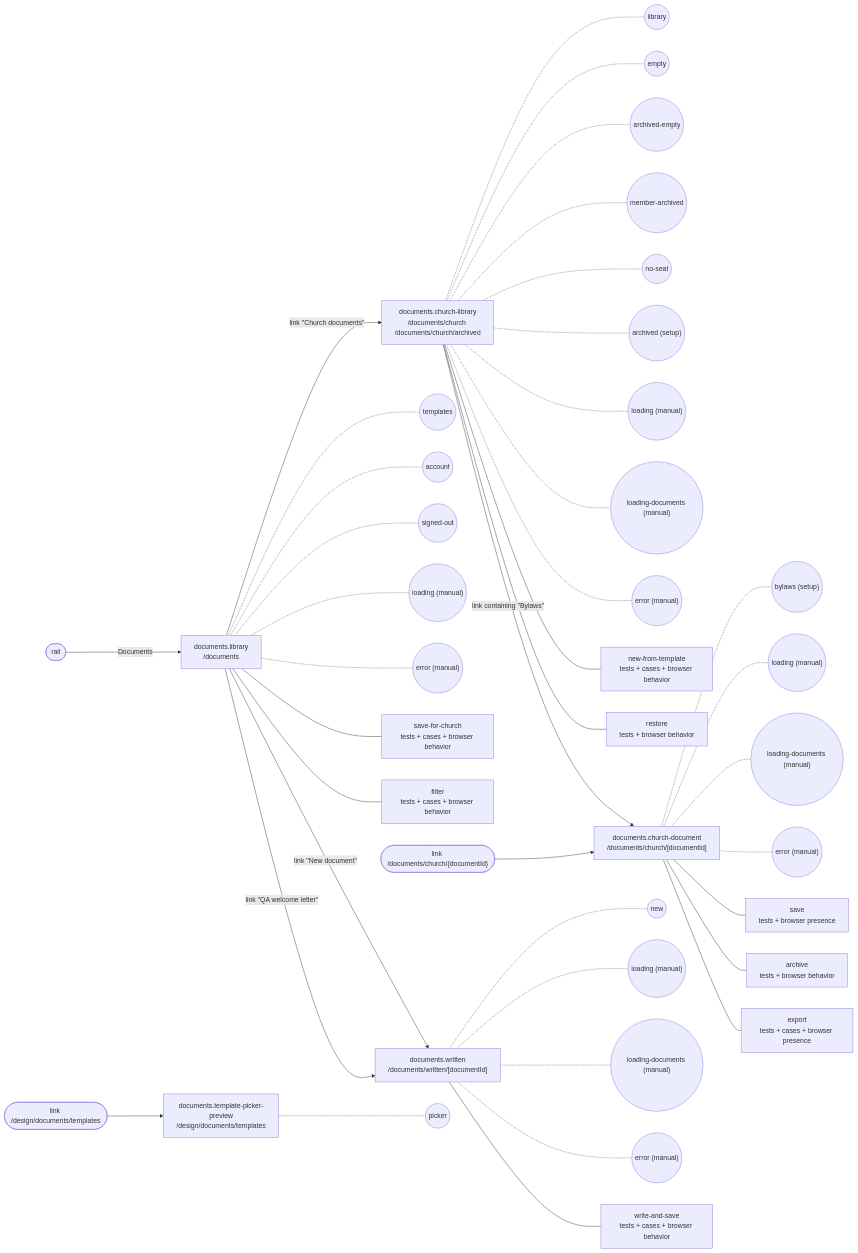
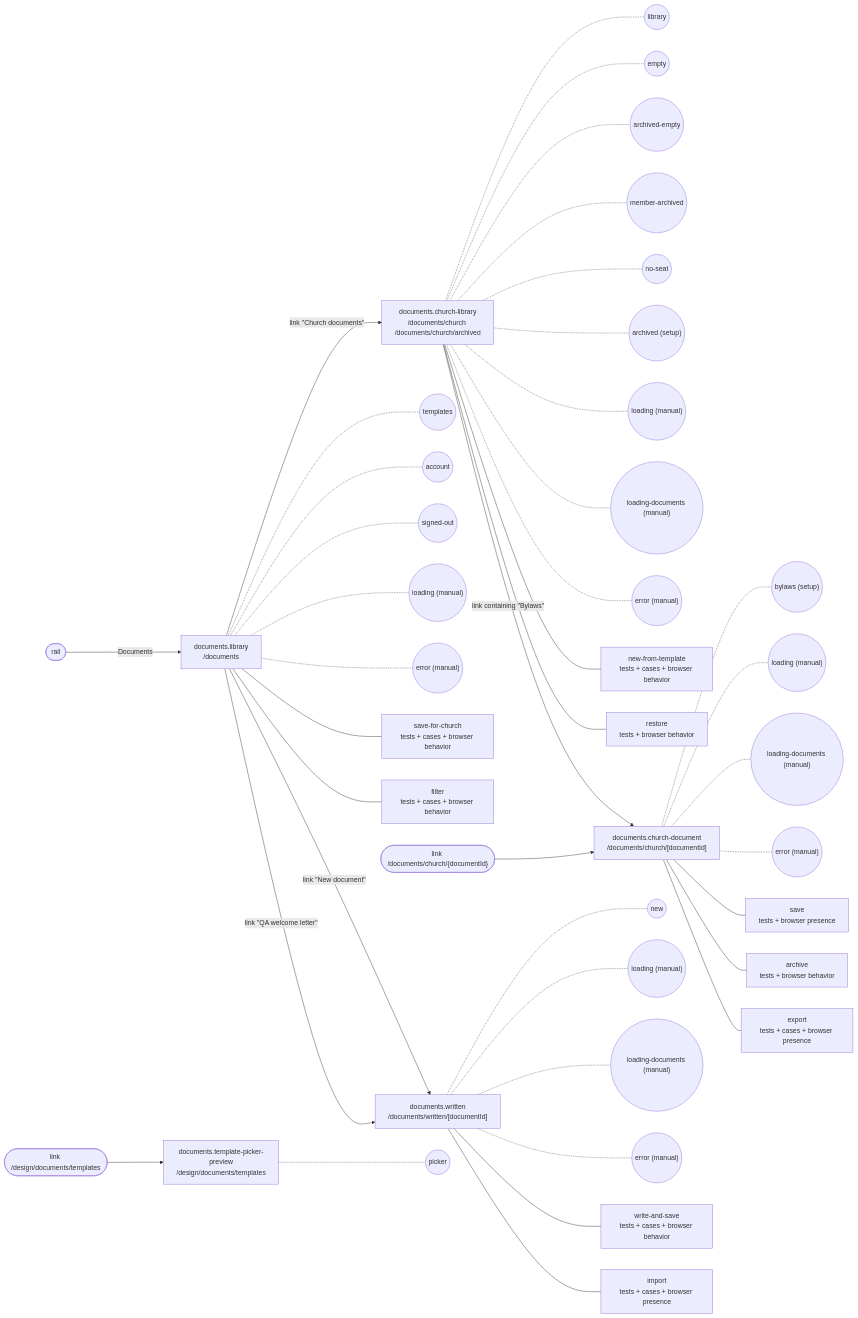
One commit to SebastianGarces/everyfield changed the diagram in docs/feature-maps/documents.md. Above: the diagram before and after it, drawn with Mermaid. The commit also changed other lines of this file and 7 other files, not shown here.

Commit message:
Feature maps: name the logo and import tests, a search check that waits, a filter that shows what stays, a library state independent of later writes, the rail defect's window heights, and the polls limits

````diff
--- a/docs/feature-maps/documents.md
+++ b/docs/feature-maps/documents.md
@@ -6,49 +6,50 @@
 ```mermaid
 flowchart LR
   rail(["rail"])
   s2_link1(["link /documents/church/{documentId}"])
   s4_link0(["link /design/documents/templates"])
   s0["documents.library<br/>/documents"]
   rail -- "Documents" --> s0
   s0 -.- s0_st0(("templates"))
   s0 -.- s0_st1(("account"))
   s0 -.- s0_st2(("signed-out"))
   s0 -.- s0_st3(("loading (manual)"))
   s0 -.- s0_st4(("error (manual)"))
   s0 --- s0_b0["save-for-church<br/>tests + cases + browser behavior"]
   s0 --- s0_b1["filter<br/>tests + cases + browser behavior"]
   s1["documents.church-library<br/>/documents/church /documents/church/archived"]
   s0 -- "link #quot;Church documents#quot;" --> s1
   s1 -.- s1_st0(("library"))
   s1 -.- s1_st1(("empty"))
   s1 -.- s1_st2(("archived-empty"))
   s1 -.- s1_st3(("member-archived"))
   s1 -.- s1_st4(("no-seat"))
   s1 -.- s1_st5(("archived (setup)"))
   s1 -.- s1_st6(("loading (manual)"))
   s1 -.- s1_st7(("loading-documents (manual)"))
   s1 -.- s1_st8(("error (manual)"))
   s1 --- s1_b0["new-from-template<br/>tests + cases + browser behavior"]
   s1 --- s1_b1["restore<br/>tests + browser behavior"]
   s2["documents.church-document<br/>/documents/church/[documentId]"]
   s1 -- "link containing #quot;Bylaws#quot;" --> s2
   s2_link1 --> s2
   s2 -.- s2_st0(("bylaws (setup)"))
   s2 -.- s2_st1(("loading (manual)"))
   s2 -.- s2_st2(("loading-documents (manual)"))
   s2 -.- s2_st3(("error (manual)"))
   s2 --- s2_b0["save<br/>tests + browser presence"]
   s2 --- s2_b1["archive<br/>tests + browser behavior"]
   s2 --- s2_b2["export<br/>tests + cases + browser presence"]
   s3["documents.written<br/>/documents/written/[documentId]"]
   s0 -- "link #quot;New document#quot;" --> s3
   s0 -- "link #quot;QA welcome letter#quot;" --> s3
   s3 -.- s3_st0(("new"))
   s3 -.- s3_st1(("loading (manual)"))
   s3 -.- s3_st2(("loading-documents (manual)"))
   s3 -.- s3_st3(("error (manual)"))
   s3 --- s3_b0["write-and-save<br/>tests + cases + browser behavior"]
+  s3 --- s3_b1["import<br/>tests + cases + browser presence"]
   s4["documents.template-picker-preview<br/>/design/documents/templates"]
   s4_link0 --> s4
   s4 -.- s4_st0(("picker"))
 ```
````
